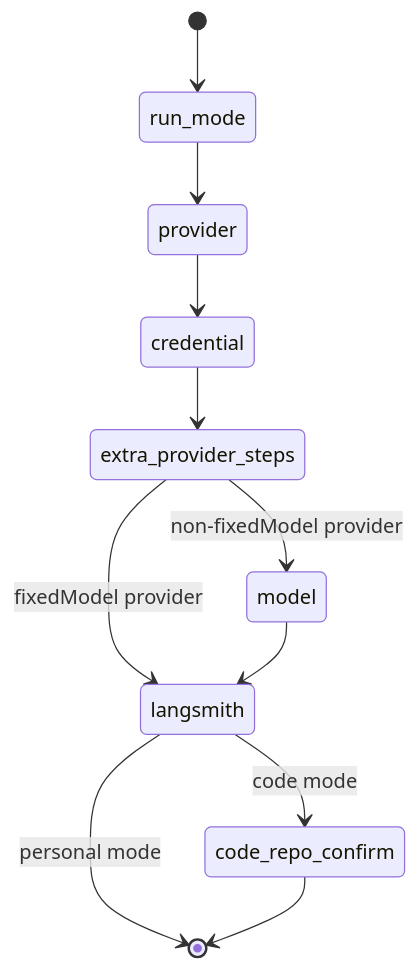
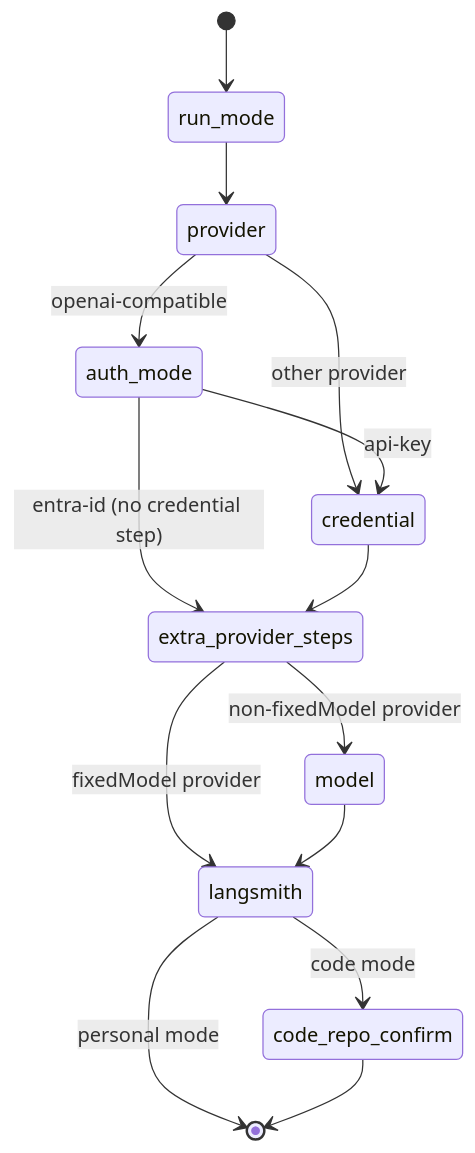
The second of 2 diagrams in openwiki/workflows/onboarding.md (langchain-ai/openwiki), drawn with Mermaid before and after one commit. The commit also changed other lines of this file and 42 other files, not shown here.

````diff
--- a/openwiki/workflows/onboarding.md
+++ b/openwiki/workflows/onboarding.md
@@ -147,13 +186,16 @@
 ```mermaid
 stateDiagram-v2
   [*] --> run_mode
   run_mode --> provider
-  provider --> credential
+  provider --> auth_mode: openai-compatible
+  provider --> credential: other provider
+  auth_mode --> credential: api-key
+  auth_mode --> extra_provider_steps: entra-id (no credential step)
   credential --> extra_provider_steps
   extra_provider_steps --> model: non-fixedModel provider
   extra_provider_steps --> langsmith: fixedModel provider
   model --> langsmith
   langsmith --> code_repo_confirm: code mode
   langsmith --> [*]: personal mode
   code_repo_confirm --> [*]
 ```
````
